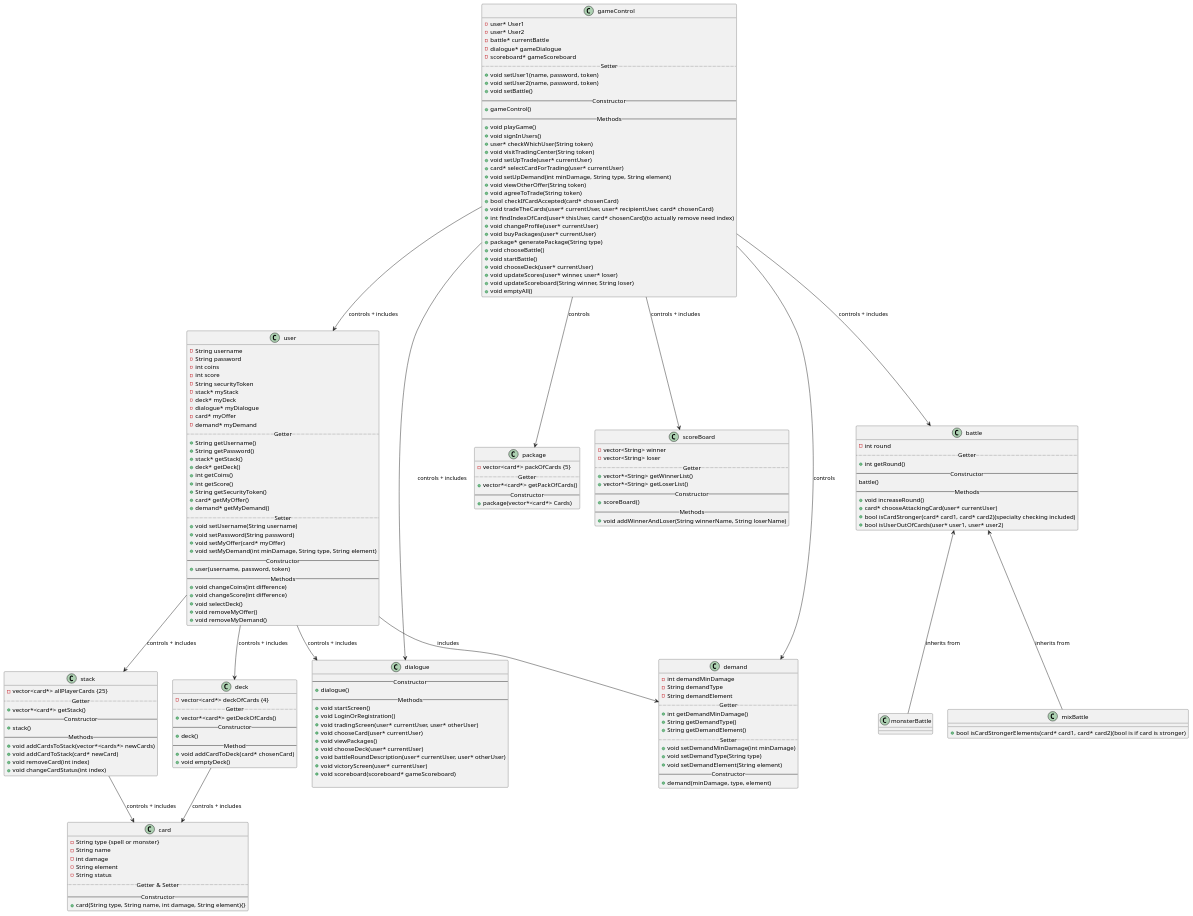
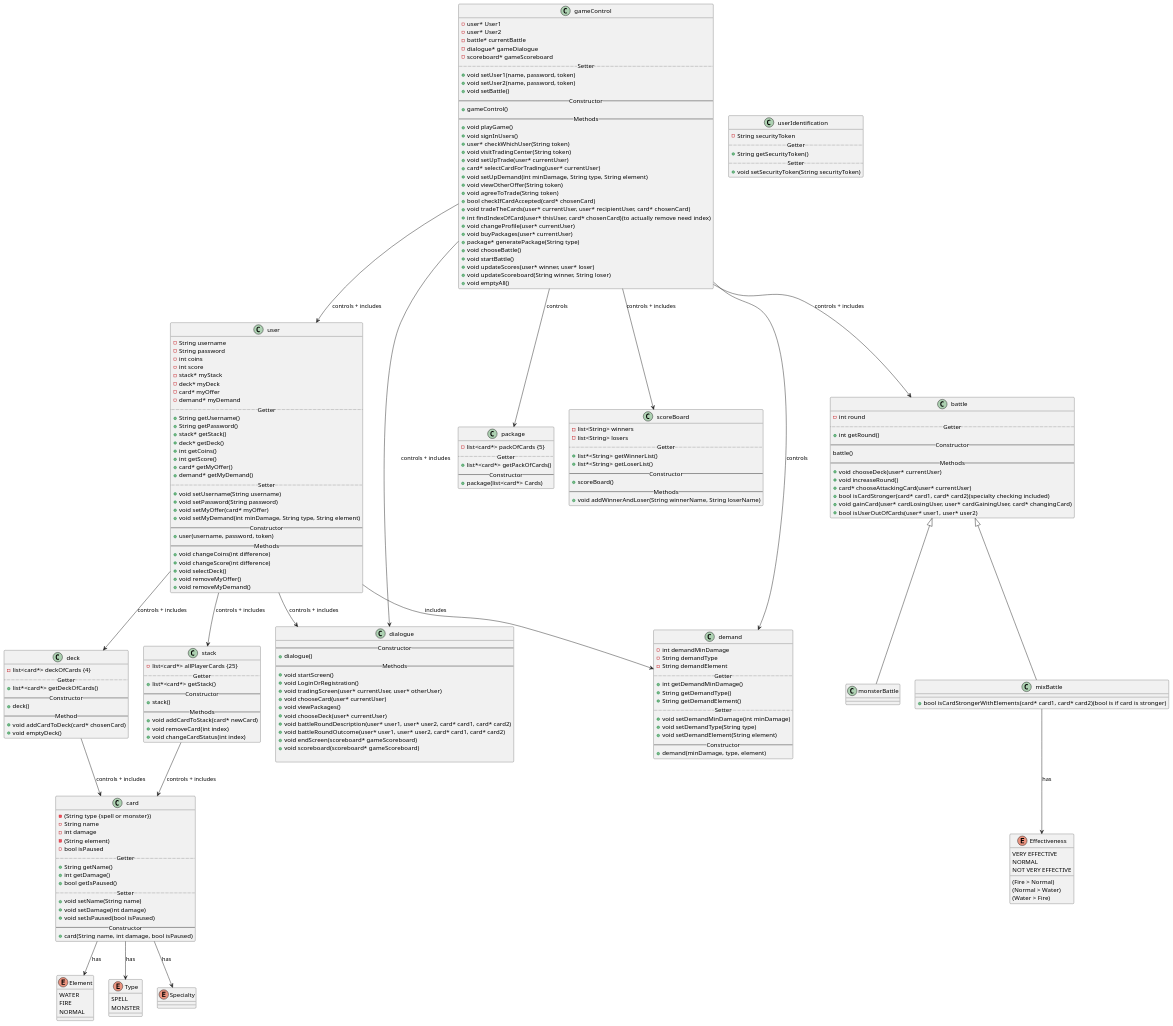
The diagram in Monster-Trading-Card-Game/classdiagram.puml (marlis-t/MonsterTradingCardGame), drawn with PlantUML before and after one commit.

Commit message:
enums added, vectors changed to lists, userIdentification is a separate class, no registration or login yet

```diff
--- a/Monster-Trading-Card-Game/classdiagram.puml
+++ b/Monster-Trading-Card-Game/classdiagram.puml
@@ -4,10 +4,8 @@
     -String password
     -int coins
     -int score
-    -String securityToken
     -stack* myStack
     -deck* myDeck
-    -dialogue* myDialogue
     -card* myOffer
     -demand* myDemand
     ..Getter..
@@ -17,7 +15,6 @@
     +deck* getDeck()
     +int getCoins()
     +int getScore()
-    +String getSecurityToken()
     +card* getMyOffer()
     +demand* getMyDemand()
     ..Setter..
@@ -35,21 +32,59 @@
     +void removeMyDemand()
 }
 
+class userIdentification{
+    -String securityToken
+    ..Getter..
+    +String getSecurityToken()
+    ..Setter..
+    +void setSecurityToken(String securityToken)
+}
+
+enum Element{
+    WATER
+    FIRE
+    NORMAL
+}
+
+enum Type{
+    SPELL
+    MONSTER
+}
+
+enum Effectiveness{
+    VERY EFFECTIVE
+    NORMAL
+    NOT VERY EFFECTIVE
+    (Fire > Normal)
+    (Normal > Water)
+    (Water > Fire)
+}
+
+enum Specialty{
+}
+
 class card{
-    -String type {spell or monster}
+    -(String type {spell or monster})
     -String name
     -int damage
-    -String element
-    -String status
-    ..Getter & Setter..
+    -(String element)
+    -bool isPaused
+    ..Getter..
+    +String getName()
+    +int getDamage()
+    +bool getIsPaused()
+    ..Setter..
+    +void setName(String name)
+    +void setDamage(int damage)
+    +void setIsPaused(bool isPaused)
     --Constructor--
-  +card(String type, String name, int damage, String element){}
+  +card(String name, int damage, bool isPaused)
 }
 
 class deck{
-    -vector<card*> deckOfCards {4}
+    -list<card*> deckOfCards {4}
     ..Getter..
-    +vector*<card*> getDeckOfCards()
+    +list*<card*> getDeckOfCards()
     --Constructor--
     +deck()
     --Method--
@@ -58,32 +93,31 @@
 }
 
 class package{
-    -vector<card*> packOfCards {5}
+    -list<card*> packOfCards {5}
     ..Getter..
-    +vector*<card*> getPackOfCards()
+    +list*<card*> getPackOfCards()
     --Constructor--
-    +package(vector*<card*> Cards)
+    +package(list<card*> Cards)
 }
 
 class stack{
-    -vector<card*> allPlayerCards {25}
+    -list<card*> allPlayerCards {25}
     ..Getter..
-    +vector*<card*> getStack()
+    +list*<card*> getStack()
     --Constructor--
     +stack()
     --Methods--
-    +void addCardsToStack(vector*<cards*> newCards)
     +void addCardToStack(card* newCard)
     +void removeCard(int index)
     +void changeCardStatus(int index)
 }
 
 class scoreBoard{
-    -vector<String> winner
-    -vector<String> loser
+    -list<String> winners
+    -list<String> losers
     ..Getter..
-    +vector*<String> getWinnerList()
-    +vector*<String> getLoserList()
+    +list*<String> getWinnerList()
+    +list*<String> getLoserList()
     --Constructor--
     +scoreBoard()
     --Methods--
@@ -97,18 +131,20 @@
     --Constructor--
     battle()
     --Methods--
+    +void chooseDeck(user* currentUser)
     +void increaseRound()
     +card* chooseAttackingCard(user* currentUser)
     +bool isCardStronger(card* card1, card* card2)(specialty checking included)
+    +void gainCard(user* cardLosingUser, user* cardGainingUser, card* changingCard)
     +bool isUserOutOfCards(user* user1, user* user2)
 }
 
-class monsterBattle{
+class monsterBattle extends battle{
 
 }
 
-class mixBattle{
-    +bool isCardStrongerElements(card* card1, card* card2)(bool is if card is stronger)
+class mixBattle extends battle{
+    +bool isCardStrongerWithElements(card* card1, card* card2)(bool is if card is stronger)
 }
 
 class dialogue{
@@ -121,8 +157,9 @@
     +void chooseCard(user* currentUser)
     +void viewPackages()
     +void chooseDeck(user* currentUser)
-    +void battleRoundDescription(user* currentUser, user* otherUser)
-    +void victoryScreen(user* currentUser)
+    +void battleRoundDescription(user* user1, user* user2, card* card1, card* card2)
+    +void battleRoundOutcome(user* user1, user* user2, card* card1, card* card2)
+    +void endScreen(scoreboard* gameScoreboard)
     +void scoreboard(scoreboard* gameScoreboard)
 
 }
@@ -163,17 +200,16 @@
   +void setUpTrade(user* currentUser)
   +card* selectCardForTrading(user* currentUser)
   +void setUpDemand(int minDamage, String type, String element)
- +void viewOtherOffer(String token)
-  +void agreeToTrade(String token)
-   +bool checkIfCardAccepted(card* chosenCard)
-   +void tradeTheCards(user* currentUser, user* recipientUser, card* chosenCard)
-   +int findIndexOfCard(user* thisUser, card* chosenCard)(to actually remove need index)
+  +void viewOtherOffer(String token)
+   +void agreeToTrade(String token)
+    +bool checkIfCardAccepted(card* chosenCard)
+    +void tradeTheCards(user* currentUser, user* recipientUser, card* chosenCard)
+    +int findIndexOfCard(user* thisUser, card* chosenCard)(to actually remove need index)
  +void changeProfile(user* currentUser)
  +void buyPackages(user* currentUser)
   +package* generatePackage(String type)
  +void chooseBattle()
  +void startBattle()
-  +void chooseDeck(user* currentUser)
   +void updateScores(user* winner, user* loser)
   +void updateScoreboard(String winner, String loser)
  +void emptyAll()
@@ -196,9 +232,10 @@
 
 stack --> card: controls + includes
 
-battle <-- monsterBattle: inherits from
-battle <-- mixBattle: inherits from
+card --> Element: has
+card --> Type: has
+card --> Specialty: has
 
-
+mixBattle --> Effectiveness: has
 
 @enduml
```
